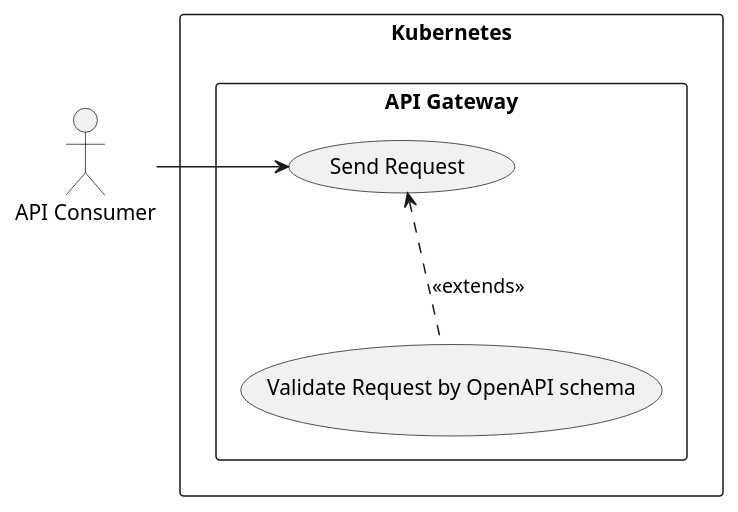
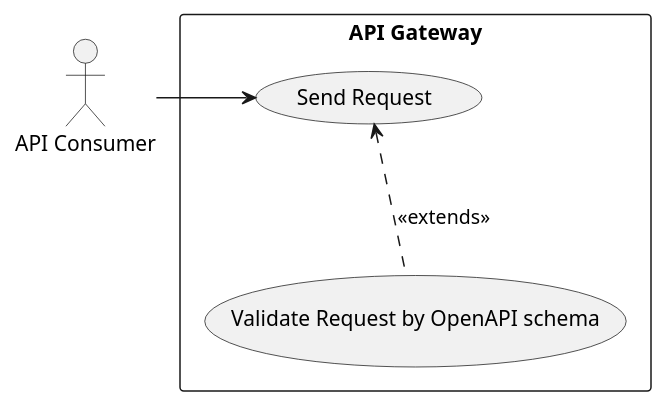
Before and after one commit to fanglores/Advanced-Software-Design: the diagram in General/UseCases/puml/5_uc_request_validation.puml, drawn with PlantUML. The commit also changed 10 other files, not shown here.

```diff
--- a/General/UseCases/puml/5_uc_request_validation.puml
+++ b/General/UseCases/puml/5_uc_request_validation.puml
@@ -1,15 +1,13 @@
 @startuml
 
 actor "API Consumer" as consumer
 
-rectangle "Kubernetes" as K8s {
-  rectangle "API Gateway" as System {
-    usecase "Send Request" as uc1
-    usecase "Validate Request by OpenAPI schema" as uc2
-  }
+rectangle "API Gateway" as System {
+  usecase "Send Request" as uc1
+  usecase "Validate Request by OpenAPI schema" as uc2
 }
 
 consumer -R-> uc1
 uc1 <.. uc2 : <<extends>>
 
 @enduml
```
